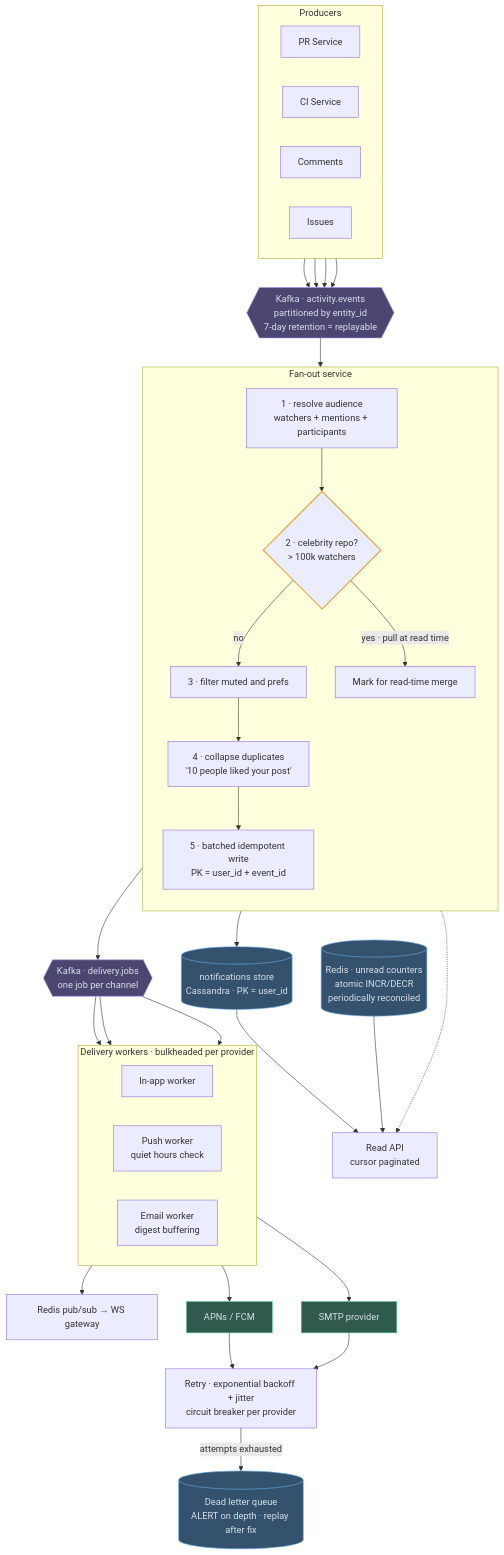
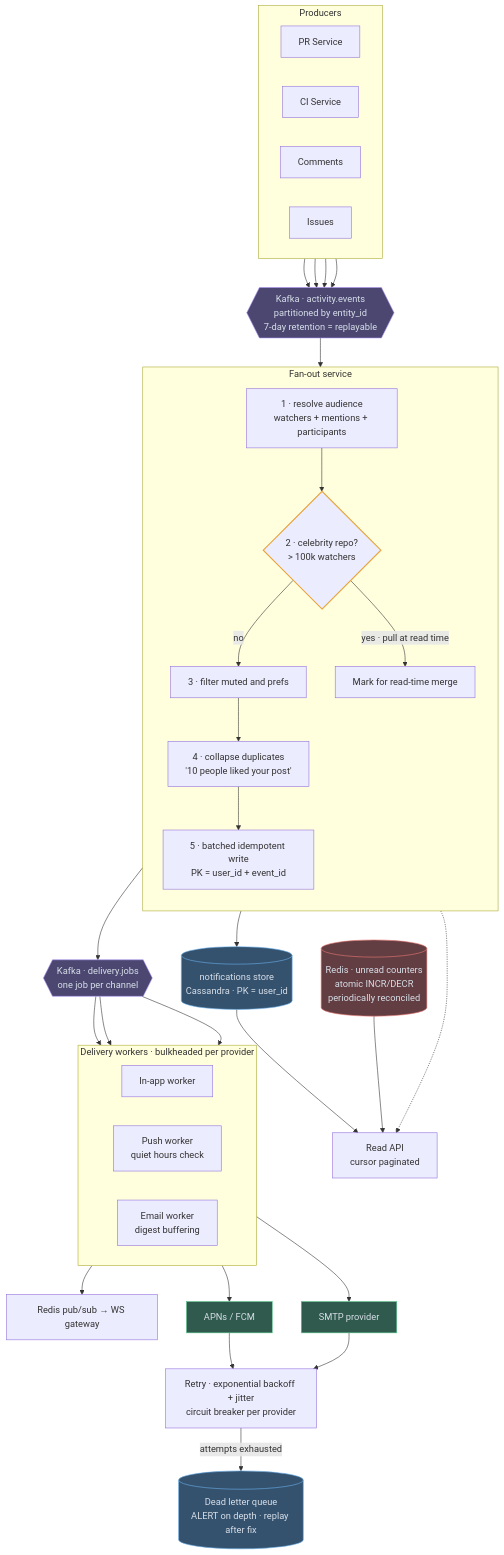
Before and after one commit to mertkahyaoglu/atlas: the diagram in content/designs/05-notification-system.md, drawn with Mermaid. The commit also changed 16 other files, not shown here.

First line of the commit message:
Split store into db/cache/blob; color gateway and load-balancer nodes

````diff
--- a/content/designs/05-notification-system.md
+++ b/content/designs/05-notification-system.md
@@ -118,73 +118,75 @@
 ```mermaid
 flowchart TB
     subgraph P ["Producers"]
         direction LR
         PR[PR Service]
         CI[CI Service]
         CM[Comments]
         IS[Issues]
     end
 
     PR --> Bus
     CI --> Bus
     CM --> Bus
     IS --> Bus
 
     Bus{{"Kafka · activity.events<br/>partitioned by entity_id<br/>7-day retention = replayable"}}
 
     subgraph FO ["Fan-out service"]
         direction TB
         Audience["1 · resolve audience<br/>watchers + mentions + participants"]
         Celeb{"2 · celebrity repo?<br/>> 100k watchers"}
         Filter["3 · filter muted and prefs"]
         Collapse["4 · collapse duplicates<br/>'10 people liked your post'"]
         Write["5 · batched idempotent write<br/>PK = user_id + event_id"]
         Audience --> Celeb
         Celeb -- "no" --> Filter --> Collapse --> Write
         Celeb -- "yes · pull at read time" --> ReadPull[Mark for read-time merge]
     end
 
     Bus --> Audience
     Write --> Store[("notifications store<br/>Cassandra · PK = user_id")]
     Write --> Jobs{{"Kafka · delivery.jobs<br/>one job per channel"}}
 
     subgraph D ["Delivery workers · bulkheaded per provider"]
         direction LR
         InApp["In-app worker"]
         PushW["Push worker<br/>quiet hours check"]
         EmailW["Email worker<br/>digest buffering"]
     end
 
     Jobs --> InApp
     Jobs --> PushW
     Jobs --> EmailW
 
     InApp --> WS["Redis pub/sub → WS gateway"]
     PushW --> APNs["APNs / FCM"]
     EmailW --> SMTP["SMTP provider"]
 
     APNs --> Retry
     SMTP --> Retry
     Retry["Retry · exponential backoff + jitter<br/>circuit breaker per provider"]
     Retry -- "attempts exhausted" --> DLQ[("Dead letter queue<br/>ALERT on depth · replay after fix")]
 
     Store --> ReadAPI["Read API<br/>cursor paginated"]
     ReadPull -.-> ReadAPI
     Counters[("Redis · unread counters<br/>atomic INCR/DECR<br/>periodically reconciled")] --> ReadAPI
 
-    classDef store fill:#34526e,stroke:#6cb2ee,color:#d7dee8
+    classDef db fill:#34526e,stroke:#6cb2ee,color:#d7dee8
+    classDef cache fill:#623e43,stroke:#f07a73,color:#d7dee8
     classDef queue fill:#4b4771,stroke:#ad94f7,color:#d7dee8
     classDef external fill:#2f5a4d,stroke:#5cc98f,color:#d7dee8
     classDef hot stroke:#e8a33d,stroke-width:2px
-    class Store,DLQ,Counters store
+    class Store,DLQ db
+    class Counters cache
     class Celeb hot
     class Bus,Jobs queue
     class APNs,SMTP external
 
     click Bus href "/docs/05-async-messaging-and-event-driven" "Role: every product event enters here, and 7-day retention allows replay after a bug.<br/>Trade-off: ordering only per entity, and consumers must dedupe."
     click Store href "/docs/02-data-storage" "Role: each user's notification inbox, read with cursor pagination.<br/>Trade-off: any query not keyed by user_id needs another table or index."
     click Jobs href "/docs/05-async-messaging-and-event-driven" "Role: one job per channel so email, push and in-app fail and retry independently.<br/>Trade-off: one notification's channels can arrive out of sync."
     click WS href "/docs/07-apis-and-communication" "Role: pushes in-app notifications to open browser tabs instantly.<br/>Trade-off: best effort only, so closed tabs rely on the stored inbox."
     click DLQ href "/docs/05-async-messaging-and-event-driven" "Role: holds deliveries that exhausted their retries so they don't block the queue.<br/>Trade-off: without alerting and a replay process, messages here silently rot."
     click Counters href "/docs/04-caching" "Role: unread badge counts without scanning the inbox.<br/>Trade-off: counts can drift from the truth, hence periodic reconciliation."
 ```
````
